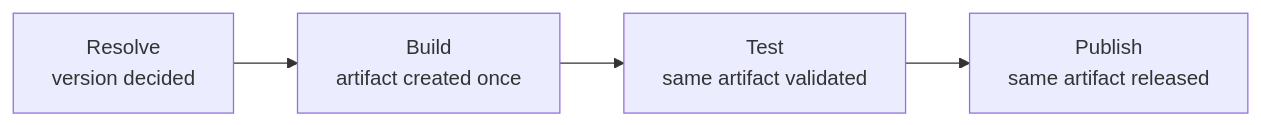
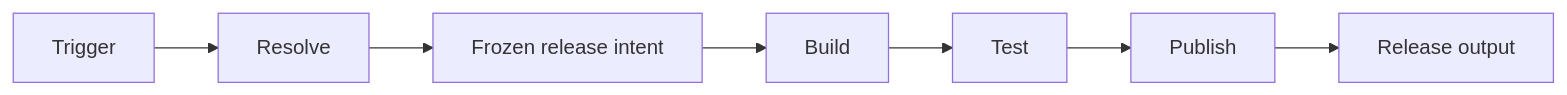
Before and after one commit to MSXOrg/docs: the diagram in src/docs/Capabilities/release-management/design.md, drawn with Mermaid. The commit also changed other lines of this file and 4 other files, not shown here.

````diff
--- a/src/docs/Capabilities/release-management/design.md
+++ b/src/docs/Capabilities/release-management/design.md
@@ -46,6 +14,9 @@
 ```mermaid
 flowchart LR
-    resolve["Resolve<br/>version decided"] --> build["Build<br/>artifact created once"]
-    build --> test["Test<br/>same artifact validated"]
-    test --> publish["Publish<br/>same artifact released"]
+    trigger[Trigger] --> resolve[Resolve]
+    resolve --> intent[Frozen release intent]
+    intent --> build[Build]
+    build --> test[Test]
+    test --> publish[Publish]
+    publish --> record[Release output]
 ```
````
